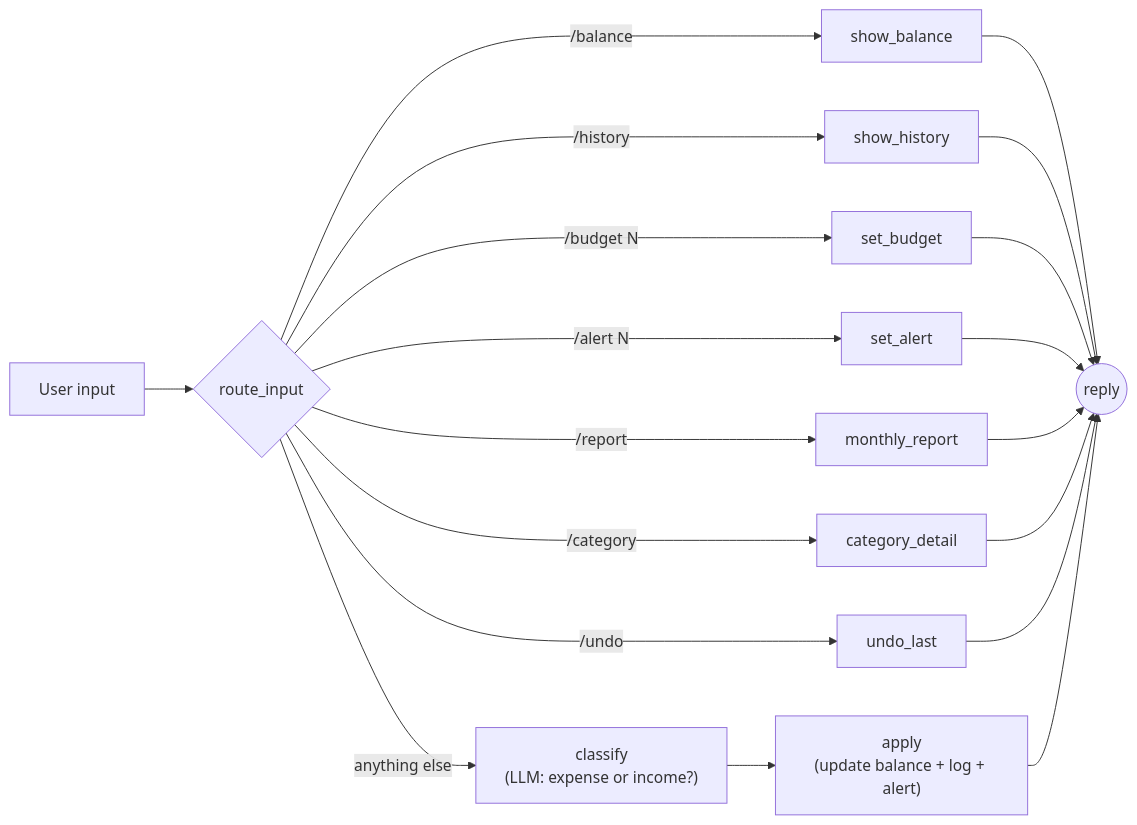
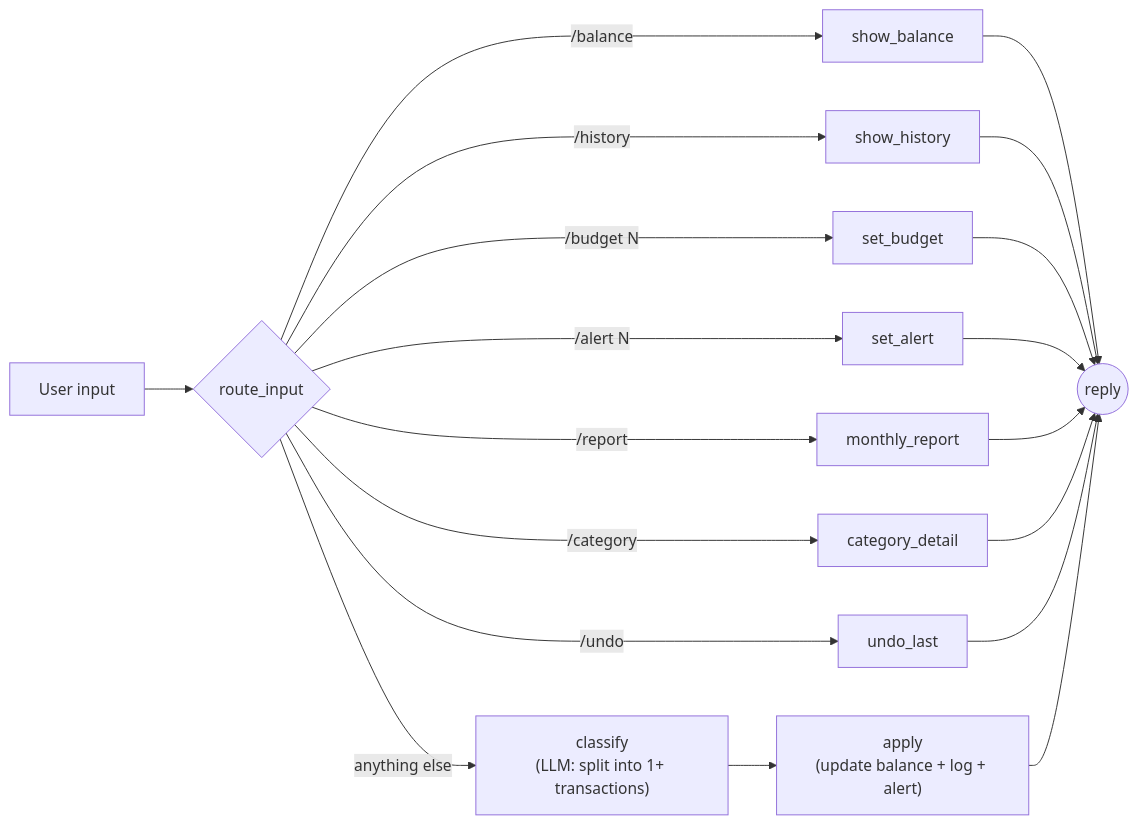
Before and after one commit to BORYA-dev/Money_recorder_robot: the diagram in README.md, drawn with Mermaid. The commit also changed other lines of this file and 2 other files, not shown here.

````diff
--- a/README.md
+++ b/README.md
@@ -24,22 +25,22 @@
 ```mermaid
 flowchart LR
     U["User input"] --> R{"route_input"}
     R -->|"/balance"| SB["show_balance"]
     R -->|"/history"| SH["show_history"]
     R -->|"/budget N"| SBG["set_budget"]
     R -->|"/alert N"| SA["set_alert"]
     R -->|"/report"| MR["monthly_report"]
     R -->|"/category"| CD["category_detail"]
     R -->|"/undo"| UL["undo_last"]
-    R -->|"anything else"| C["classify\n(LLM: expense or income?)"]
+    R -->|"anything else"| C["classify\n(LLM: split into 1+ transactions)"]
     C --> A["apply\n(update balance + log + alert)"]
 
     SB --> END(("reply"))
     SH --> END
     SBG --> END
     SA --> END
     MR --> END
     CD --> END
     UL --> END
     A --> END
 ```
````
